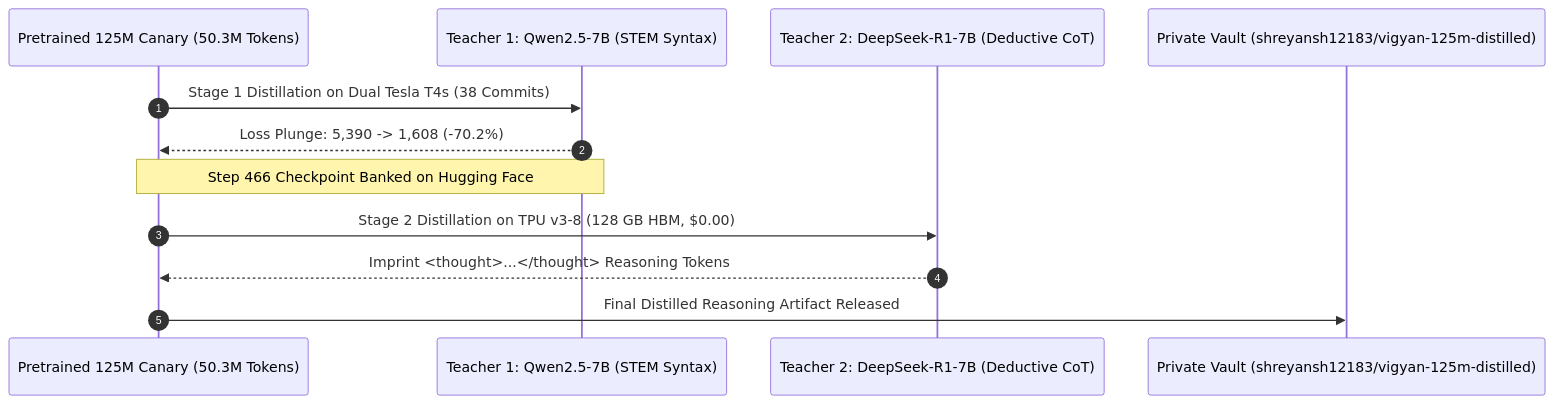
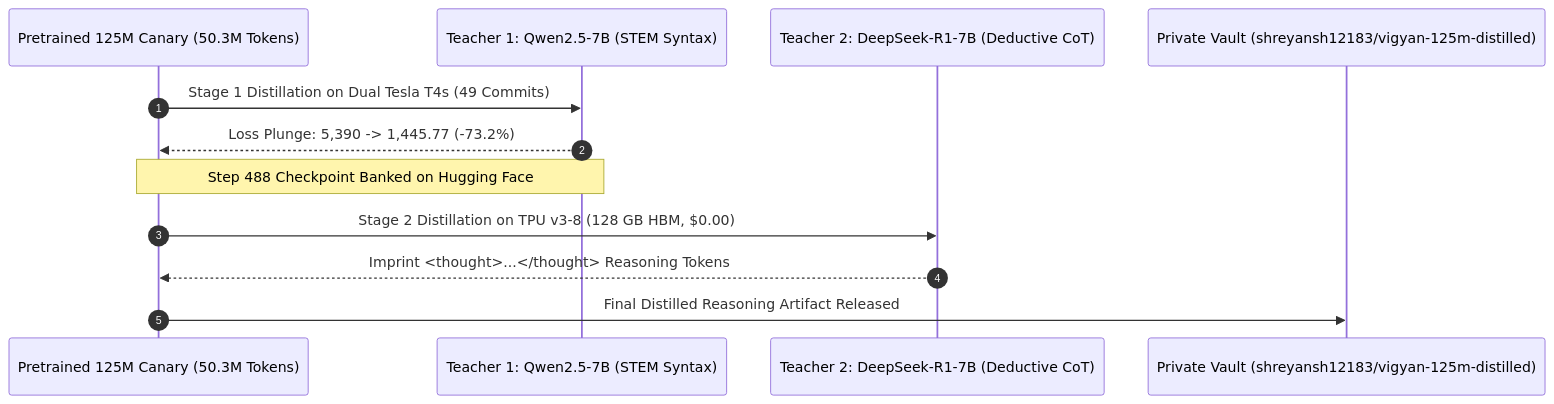
One commit to shreyansh001boy-tech/vigyan-ai-journey-docs changed the diagram in docs/20_gen5_158bit_ternary_pretraining_and_deepseek_r1_distillation.md. Above: the diagram before and after it, drawn with Mermaid. The commit also changed other lines of this file and 1 other file, not shown here.

Commit message:
docs: record Stage 1 milestone with 49 commits, Step 488, and -73.2% loss plunge

````diff
--- a/docs/20_gen5_158bit_ternary_pretraining_and_deepseek_r1_distillation.md
+++ b/docs/20_gen5_158bit_ternary_pretraining_and_deepseek_r1_distillation.md
@@ -96,15 +96,15 @@
 ```mermaid
 sequenceDiagram
     autonumber
     participant D as Pretrained 125M Canary (50.3M Tokens)
     participant Q as Teacher 1: Qwen2.5-7B (STEM Syntax)
     participant R as Teacher 2: DeepSeek-R1-7B (Deductive CoT)
     participant V as Private Vault (shreyansh12183/vigyan-125m-distilled)
 
-    D->>Q: Stage 1 Distillation on Dual Tesla T4s (38 Commits)
-    Q-->>D: Loss Plunge: 5,390 -> 1,608 (-70.2%)
-    Note over D,Q: Step 466 Checkpoint Banked on Hugging Face
+    D->>Q: Stage 1 Distillation on Dual Tesla T4s (49 Commits)
+    Q-->>D: Loss Plunge: 5,390 -> 1,445.77 (-73.2%)
+    Note over D,Q: Step 488 Checkpoint Banked on Hugging Face
     D->>R: Stage 2 Distillation on TPU v3-8 (128 GB HBM, $0.00)
     R-->>D: Imprint <thought>...</thought> Reasoning Tokens
     D->>V: Final Distilled Reasoning Artifact Released
 ```
````
